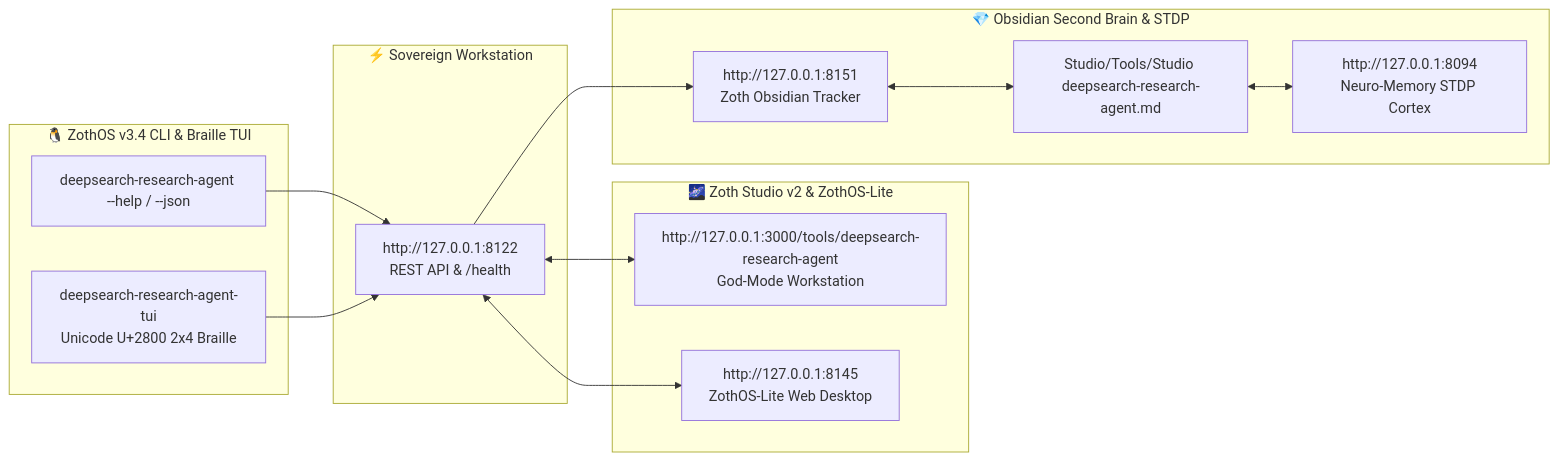
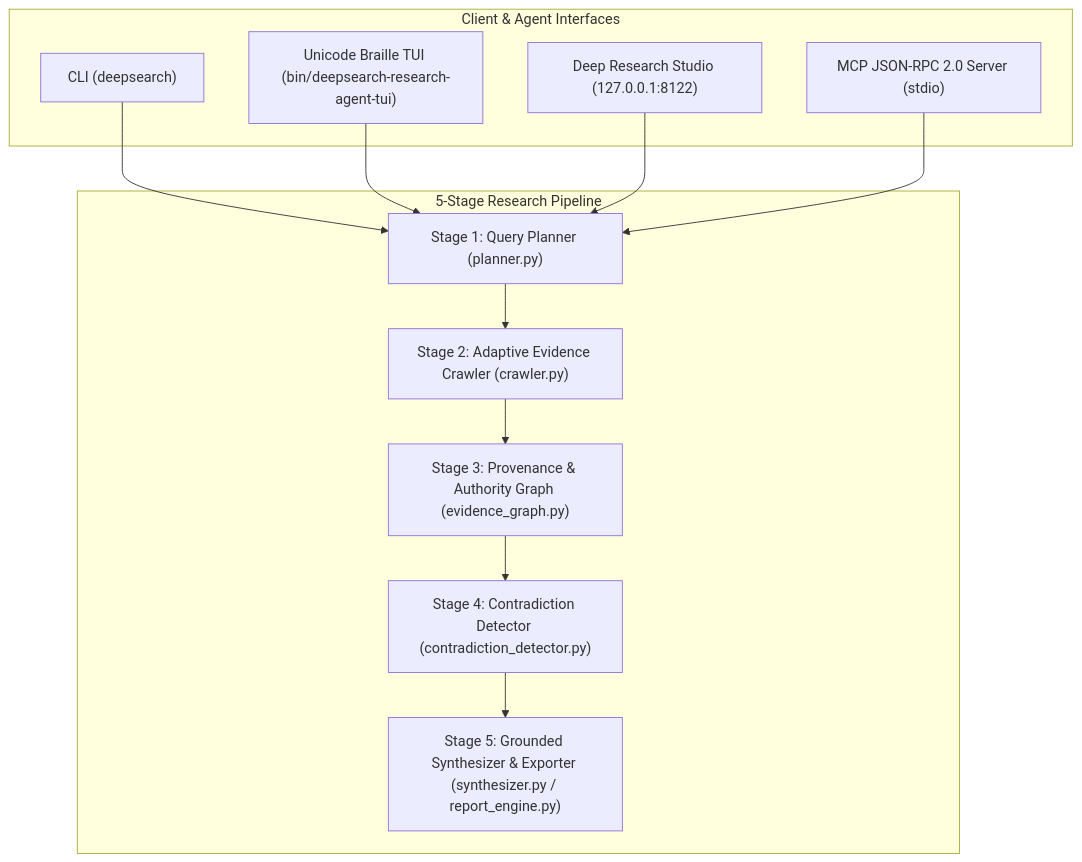
Before and after one commit to 1nc0gn30/deepsearch-research-agent: the diagram in README.md, drawn with Mermaid. The commit also changed other lines of this file and 14 other files, not shown here.

````diff
--- a/README.md
+++ b/README.md
@@ -252,30 +32,23 @@
 ```mermaid
-flowchart LR
-    subgraph ZothOS["🐧 ZothOS v3.4 CLI & Braille TUI"]
-        CLI["deepsearch-research-agent --help / --json"]
-        TUI["deepsearch-research-agent-tui<br/>Unicode U+2800 2x4 Braille"]
+flowchart TD
+    subgraph Interfaces["Client & Agent Interfaces"]
+        CLI["CLI (deepsearch)"]
+        TUI["Unicode Braille TUI (bin/deepsearch-research-agent-tui)"]
+        Studio["Deep Research Studio (127.0.0.1:8122)"]
+        MCP["MCP JSON-RPC 2.0 Server (stdio)"]
     end
 
-    subgraph Workstation["⚡ Sovereign Workstation"]
-        WEB["http://127.0.0.1:8122<br/>REST API & /health"]
+    subgraph Pipeline["5-Stage Research Pipeline"]
+        Plan["Stage 1: Query Planner (planner.py)"]
+        Crawl["Stage 2: Adaptive Evidence Crawler (crawler.py)"]
+        Graph["Stage 3: Provenance & Authority Graph (evidence_graph.py)"]
+        Verify["Stage 4: Contradiction Detector (contradiction_detector.py)"]
+        Synth["Stage 5: Grounded Synthesizer & Exporter (synthesizer.py / report_engine.py)"]
     end
 
-    subgraph Studio["🌌 Zoth Studio v2 & ZothOS-Lite"]
-        GODMODE["http://127.0.0.1:3000/tools/deepsearch-research-agent<br/>God-Mode Workstation"]
-        LITE["http://127.0.0.1:8145<br/>ZothOS-Lite Web Desktop"]
-    end
-
-    subgraph SecondBrain["💎 Obsidian Second Brain & STDP"]
-        TRACKER["http://127.0.0.1:8151<br/>Zoth Obsidian Tracker"]
-        NEURO["http://127.0.0.1:8094<br/>Neuro-Memory STDP Cortex"]
-        NOTE["Studio/Tools/Studio deepsearch-research-agent.md"]
-    end
-
-    CLI --> WEB
-    TUI --> WEB
-    WEB <--> GODMODE
-    WEB <--> LITE
-    WEB --> TRACKER
-    TRACKER <--> NOTE
-    NOTE <--> NEURO
+    CLI --> Plan
+    TUI --> Plan
+    Studio --> Plan
+    MCP --> Plan
+    Plan --> Crawl --> Graph --> Verify --> Synth
 ```
````
